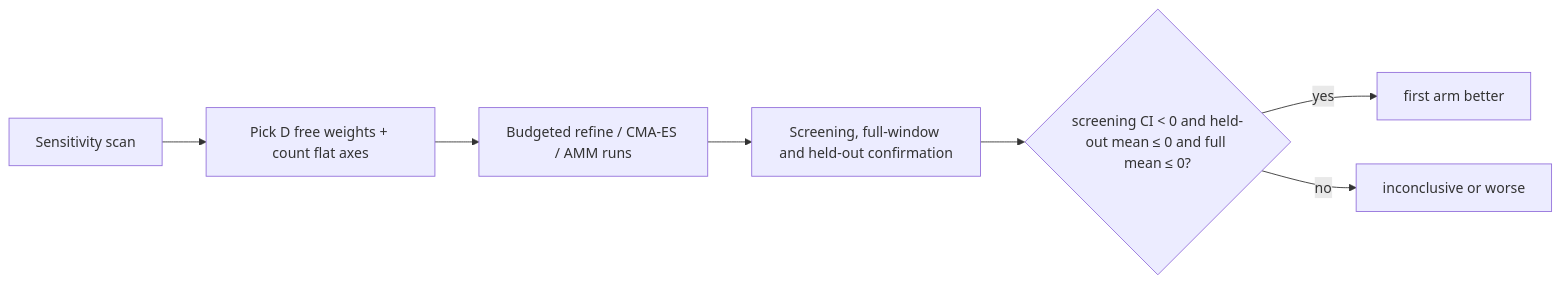
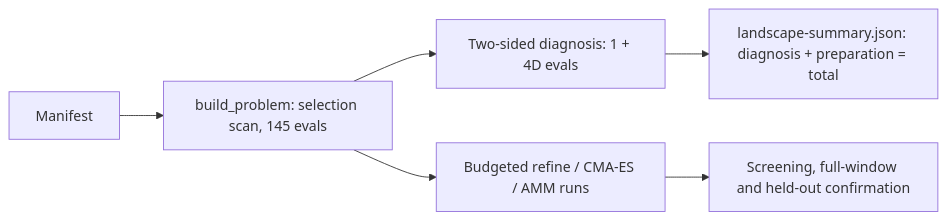
One commit to stSoftwareAU/NEAT-AI-Lamarck changed the diagram in docs/archive/pr-summaries/pr-summary-266.md. Above: the diagram before and after it, drawn with Mermaid. The commit also changed other lines of this file, not shown here.

First line of the commit message:
Rewrite the #266 PR summary for the re-landed work and the landscape cost fix

````diff
--- a/docs/archive/pr-summaries/pr-summary-266.md
+++ b/docs/archive/pr-summaries/pr-summary-266.md
@@ -91,9 +104,8 @@
 ```mermaid
 flowchart LR
-    S[Sensitivity scan] --> P[Pick D free weights + count flat axes]
-    P --> R[Budgeted refine / CMA-ES / AMM runs]
-    R --> C[Screening, full-window and held-out confirmation]
-    C --> V{"screening CI < 0 and held-out mean ≤ 0 and full mean ≤ 0?"}
-    V -->|yes| B[first arm better]
-    V -->|no| I[inconclusive or worse]
+    M[Manifest] --> B[build_problem: selection scan, 145 evals]
+    B --> D[Two-sided diagnosis: 1 + 4D evals]
+    B --> A[Budgeted refine / CMA-ES / AMM runs]
+    D --> L["landscape-summary.json: diagnosis + preparation = total"]
+    A --> C[Screening, full-window and held-out confirmation]
 ```
````
